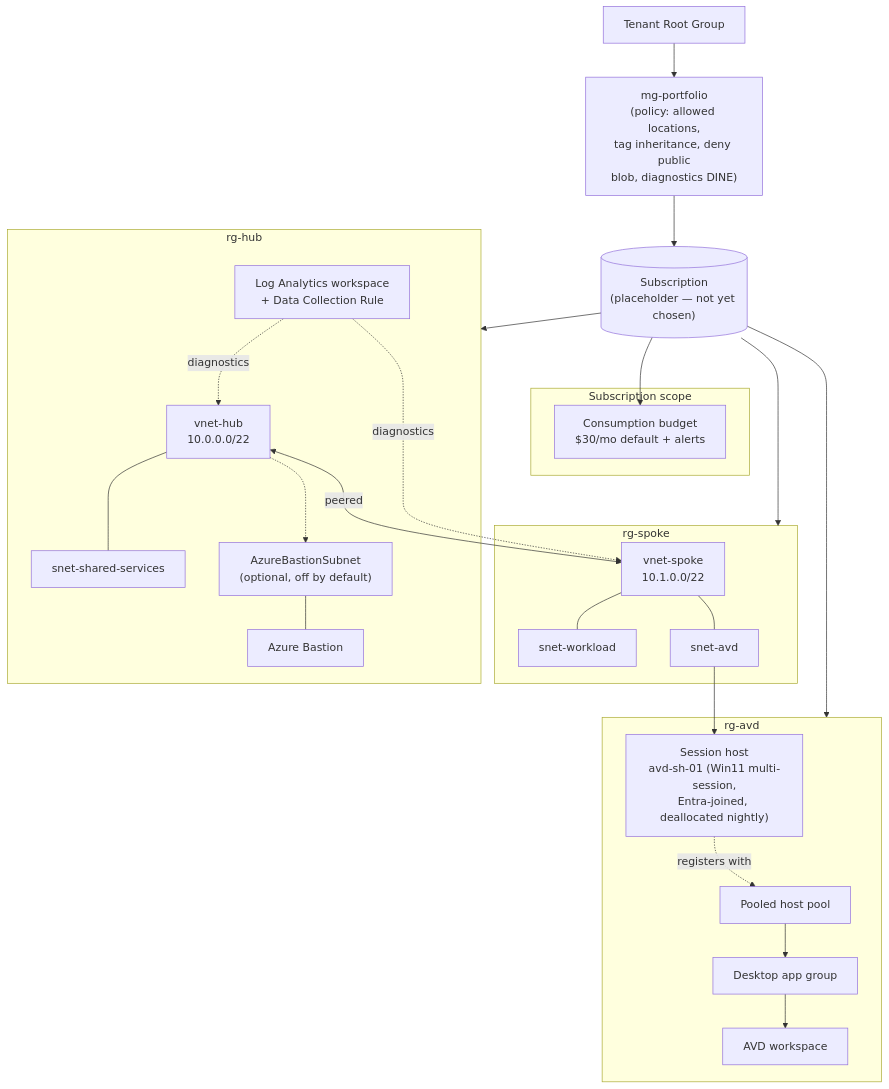
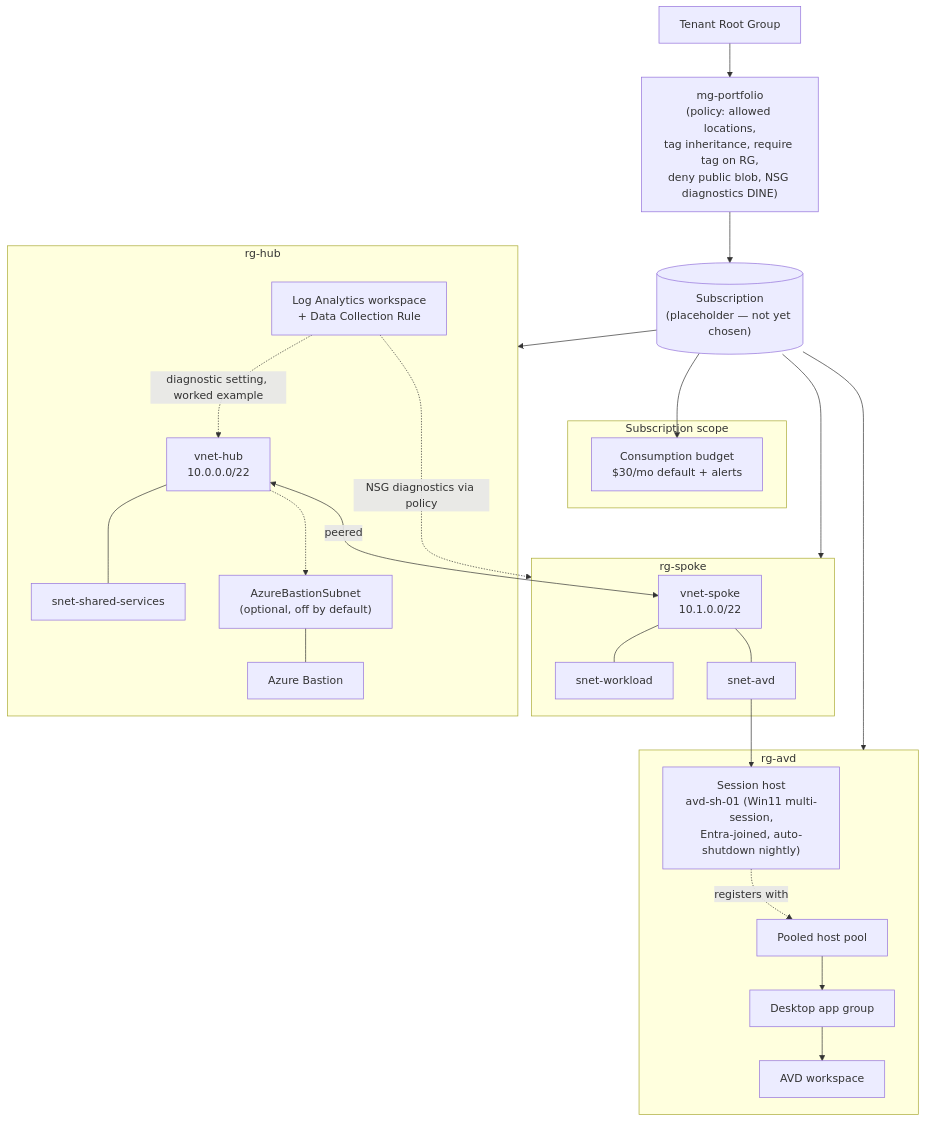
The diagram in README.md (kwasiasare/azure-landing-zone), drawn with Mermaid before and after one commit. The commit also changed other lines of this file and 1 other file, not shown here.

````diff
--- a/README.md
+++ b/README.md
@@ -16,46 +22,46 @@
 ```mermaid
 graph TD
-    Root["Tenant Root Group"] --> MG["mg-portfolio<br/>(policy: allowed locations,<br/>tag inheritance, deny public<br/>blob, diagnostics DINE)"]
+    Root["Tenant Root Group"] --> MG["mg-portfolio<br/>(policy: allowed locations,<br/>tag inheritance, require tag on RG,<br/>deny public blob, NSG diagnostics DINE)"]
     MG --> Sub[("Subscription<br/>(placeholder — not yet chosen)")]
 
     subgraph RGHUB["rg-hub"]
         VHUB["vnet-hub<br/>10.0.0.0/22"]
         SNET_SHARED["snet-shared-services"]
         SNET_BAS["AzureBastionSubnet<br/>(optional, off by default)"]
         BAS["Azure Bastion"]
         LAW["Log Analytics workspace<br/>+ Data Collection Rule"]
         VHUB --- SNET_SHARED
         VHUB -.-> SNET_BAS
         SNET_BAS --- BAS
     end
 
     subgraph RGSPOKE["rg-spoke"]
         VSPOKE["vnet-spoke<br/>10.1.0.0/22"]
         SNET_WL["snet-workload"]
         SNET_AVD["snet-avd"]
         VSPOKE --- SNET_WL
         VSPOKE --- SNET_AVD
     end
 
     subgraph RGAVD["rg-avd"]
         HP["Pooled host pool"]
         AG["Desktop app group"]
         WS["AVD workspace"]
-        SH["Session host<br/>avd-sh-01 (Win11 multi-session,<br/>Entra-joined, deallocated nightly)"]
+        SH["Session host<br/>avd-sh-01 (Win11 multi-session,<br/>Entra-joined, auto-shutdown nightly)"]
         HP --> AG --> WS
         SH -. registers with .-> HP
     end
 
     Sub --> RGHUB
     Sub --> RGSPOKE
     Sub --> RGAVD
     VHUB <-->|peered| VSPOKE
     SNET_AVD --> SH
-    LAW -. diagnostics .-> VHUB
-    LAW -. diagnostics .-> VSPOKE
+    LAW -. diagnostic setting, worked example .-> VHUB
+    LAW -. NSG diagnostics via policy .-> RGSPOKE
 
     subgraph BUDGET["Subscription scope"]
         BGT["Consumption budget<br/>$30/mo default + alerts"]
     end
     Sub --> BGT
 ```
````
